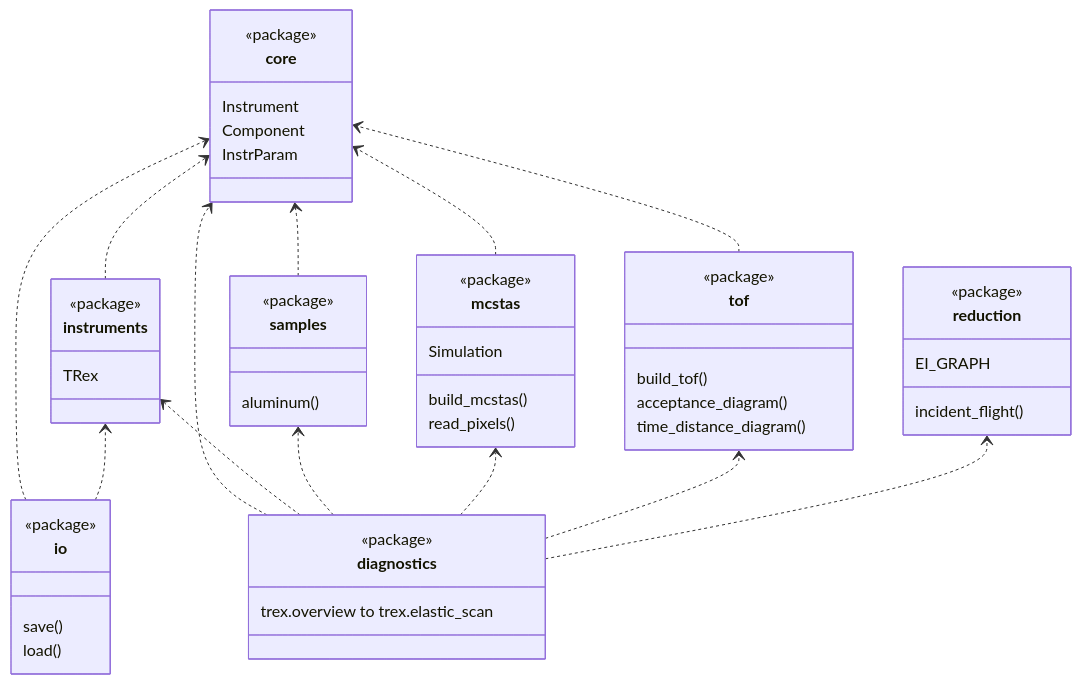
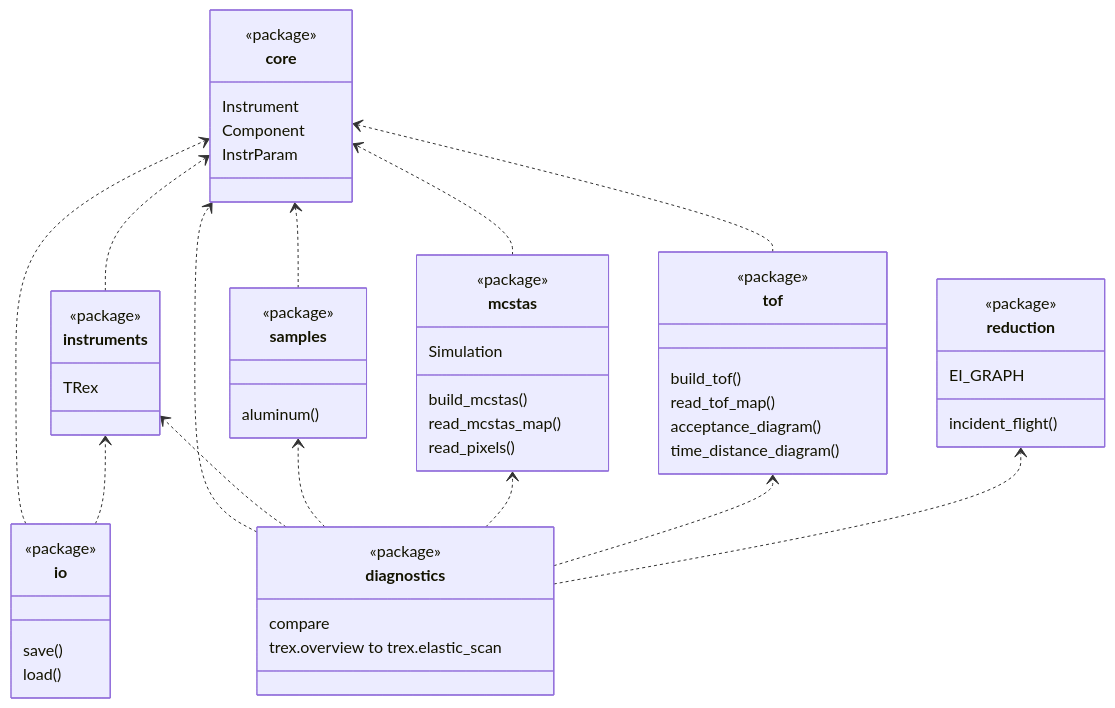
The diagram in docs/code-layout.md (bingli621/mcdgs), drawn with Mermaid before and after one commit. The commit also changed other lines of this file and 10 other files, not shown here.

````diff
--- a/docs/code-layout.md
+++ b/docs/code-layout.md
@@ -23,56 +23,59 @@
 ```mermaid
 classDiagram
     direction BT
     class core {
         <<package>>
         Instrument
         Component
         InstrParam
     }
     class instruments {
         <<package>>
         TRex
     }
     class samples {
         <<package>>
         aluminum()
     }
     class mcstas {
         <<package>>
         build_mcstas()
         Simulation
+        read_mcstas_map()
         read_pixels()
     }
     class tof {
         <<package>>
         build_tof()
+        read_tof_map()
         acceptance_diagram()
         time_distance_diagram()
     }
     class io {
         <<package>>
         save()
         load()
     }
     class reduction {
         <<package>>
         EI_GRAPH
         incident_flight()
     }
     class diagnostics {
         <<package>>
+        compare
         trex.overview to trex.elastic_scan
     }
     instruments ..> core
     samples ..> core
     mcstas ..> core
     tof ..> core
     io ..> core
     io ..> instruments
     diagnostics ..> core
     diagnostics ..> instruments
     diagnostics ..> samples
     diagnostics ..> mcstas
     diagnostics ..> tof
     diagnostics ..> reduction
 ```
````
